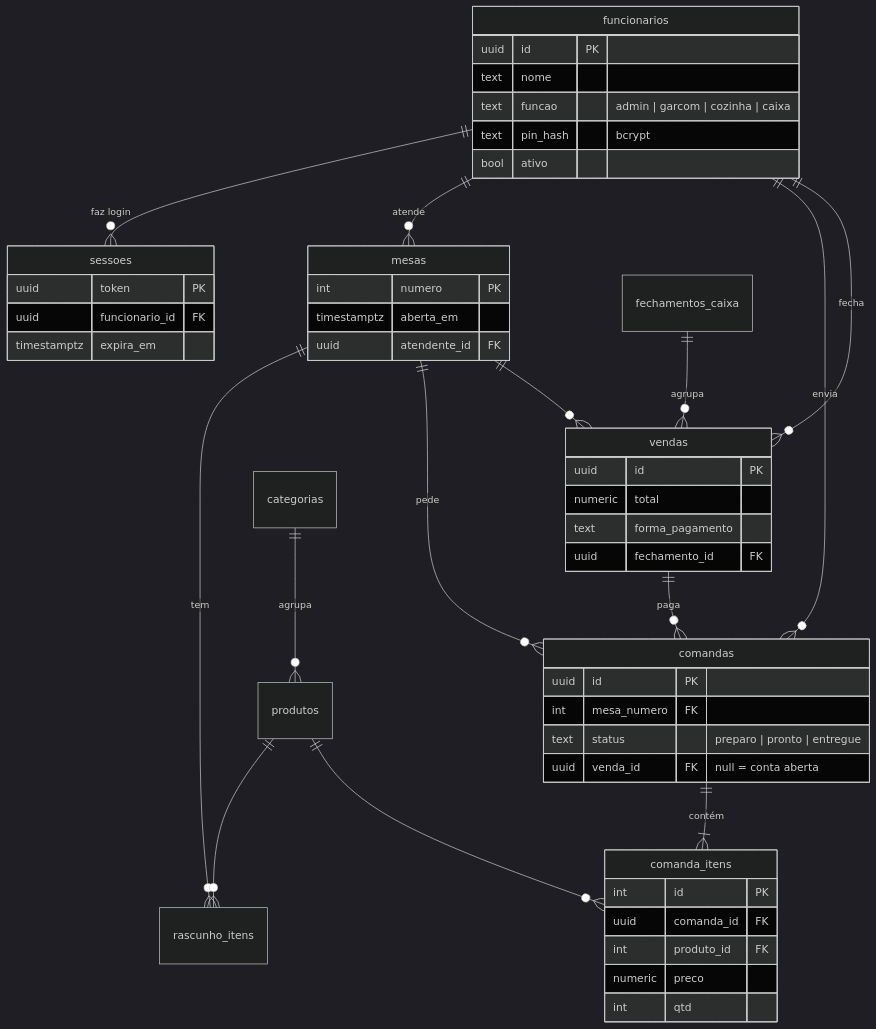
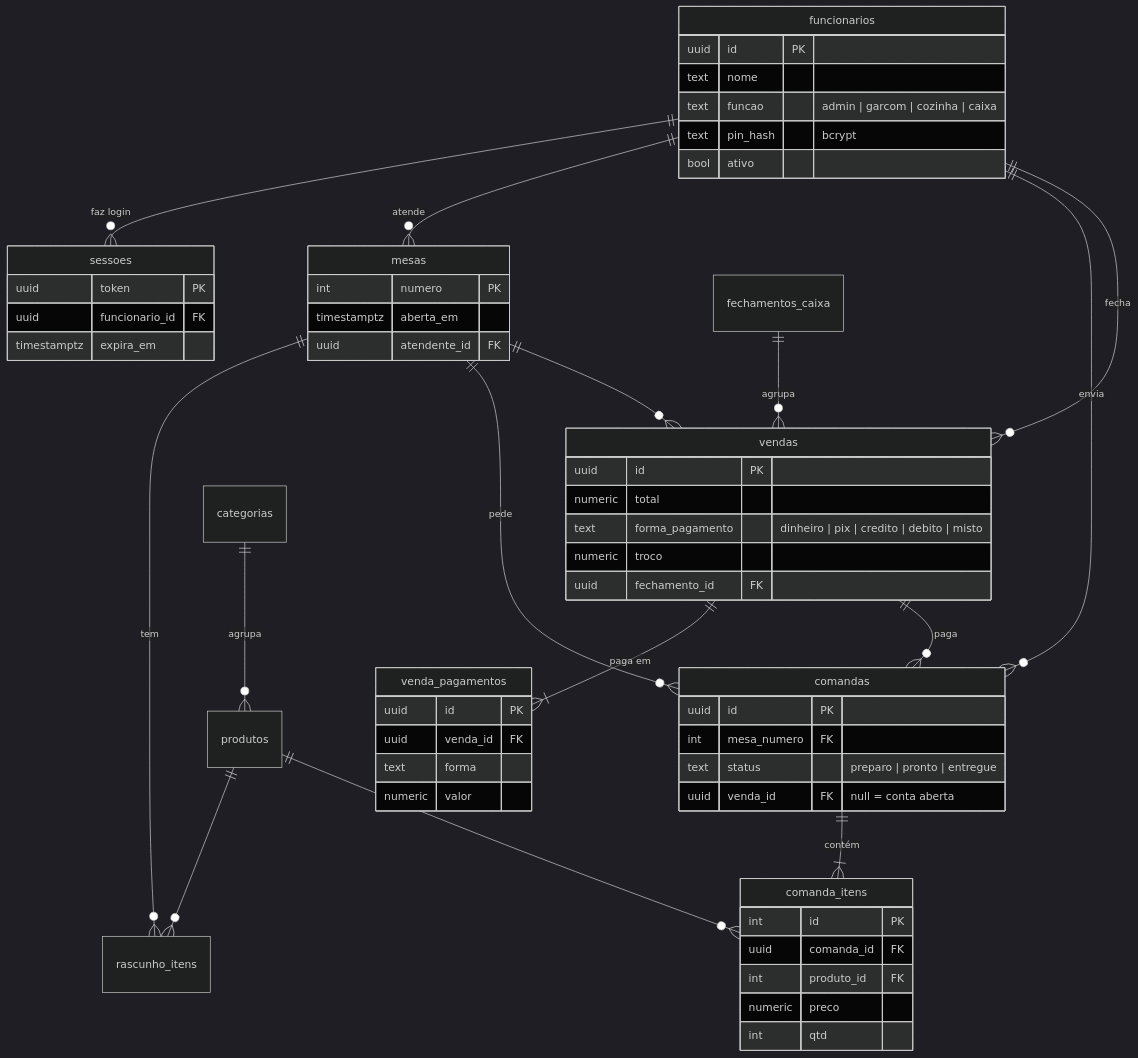
Before and after one commit to gabrielmachado1771/sistema-garcom: the diagram in README.md, drawn with Mermaid (dark theme). The commit also changed other lines of this file and 7 other files, not shown here.

````diff
--- a/README.md
+++ b/README.md
@@ -67,41 +67,47 @@
 ```mermaid
 erDiagram
     funcionarios ||--o{ sessoes : "faz login"
     funcionarios ||--o{ mesas : "atende"
     funcionarios ||--o{ comandas : "envia"
     funcionarios ||--o{ vendas : "fecha"
+    vendas ||--|{ venda_pagamentos : "paga em"
     categorias ||--o{ produtos : "agrupa"
     mesas ||--o{ rascunho_itens : "tem"
     produtos ||--o{ rascunho_itens : ""
     mesas ||--o{ comandas : "pede"
     comandas ||--|{ comanda_itens : "contém"
     produtos ||--o{ comanda_itens : ""
     vendas ||--o{ comandas : "paga"
     mesas ||--o{ vendas : ""
     fechamentos_caixa ||--o{ vendas : "agrupa"
 
     funcionarios { uuid id PK
       text nome
       text funcao "admin | garcom | cozinha | caixa"
       text pin_hash "bcrypt"
       bool ativo }
     sessoes { uuid token PK
       uuid funcionario_id FK
       timestamptz expira_em }
     mesas { int numero PK
       timestamptz aberta_em
       uuid atendente_id FK }
     comandas { uuid id PK
       int mesa_numero FK
       text status "preparo | pronto | entregue"
       uuid venda_id FK "null = conta aberta" }
     comanda_itens { int id PK
       uuid comanda_id FK
       int produto_id FK
       numeric preco
       int qtd }
     vendas { uuid id PK
       numeric total
-      text forma_pagamento
+      text forma_pagamento "dinheiro | pix | credito | debito | misto"
+      numeric troco
       uuid fechamento_id FK }
+    venda_pagamentos { uuid id PK
+      uuid venda_id FK
+      text forma
+      numeric valor }
 ```
````
